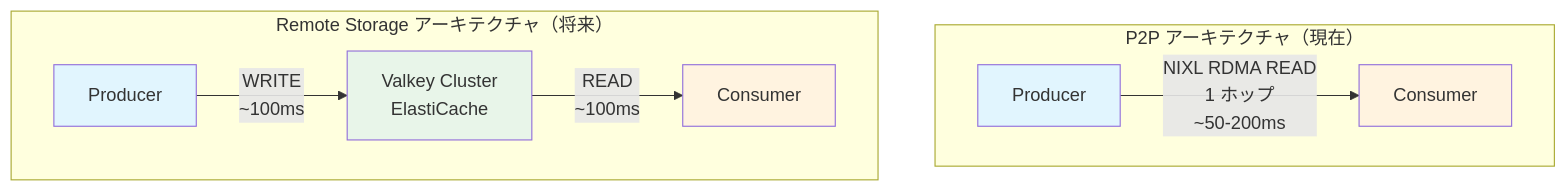
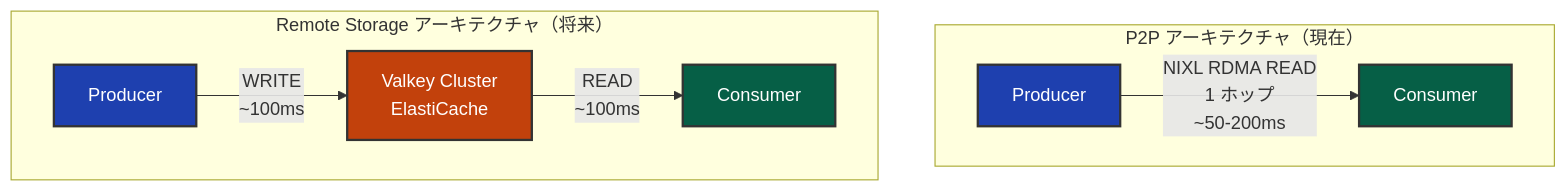
Diagram 14 of 15 in articles/3dd524130320d3.md (littlemex/zenn), drawn with Mermaid before and after one commit. The commit also changed other lines of this file, not shown here.

````diff
--- a/articles/3dd524130320d3.md
+++ b/articles/3dd524130320d3.md
@@ -764,19 +795,19 @@
 ```mermaid
 graph TB
     subgraph P2P["P2P アーキテクチャ（現在）"]
         direction LR
         P1[Producer] -->|"NIXL RDMA READ<br/>1 ホップ<br/>~50-200ms"| D1[Consumer]
     end
 
     subgraph Remote["Remote Storage アーキテクチャ（将来）"]
         direction LR
         P2[Producer] -->|"WRITE<br/>~100ms"| VK[Valkey Cluster<br/>ElastiCache]
         VK -->|"READ<br/>~100ms"| D2[Consumer]
     end
 
-    style P1 fill: #e1f5fe
-    style D1 fill: #fff3e0
-    style P2 fill: #e1f5fe
-    style D2 fill: #fff3e0
-    style VK fill: #e8f5e9
+    style P1 fill: #1e40af,stroke: #333,stroke-width:2px,color: #fff
+    style D1 fill: #065f46,stroke: #333,stroke-width:2px,color: #fff
+    style P2 fill: #1e40af,stroke: #333,stroke-width:2px,color: #fff
+    style D2 fill: #065f46,stroke: #333,stroke-width:2px,color: #fff
+    style VK fill: #c2410c,stroke: #333,stroke-width:2px,color: #fff
 ```
````
